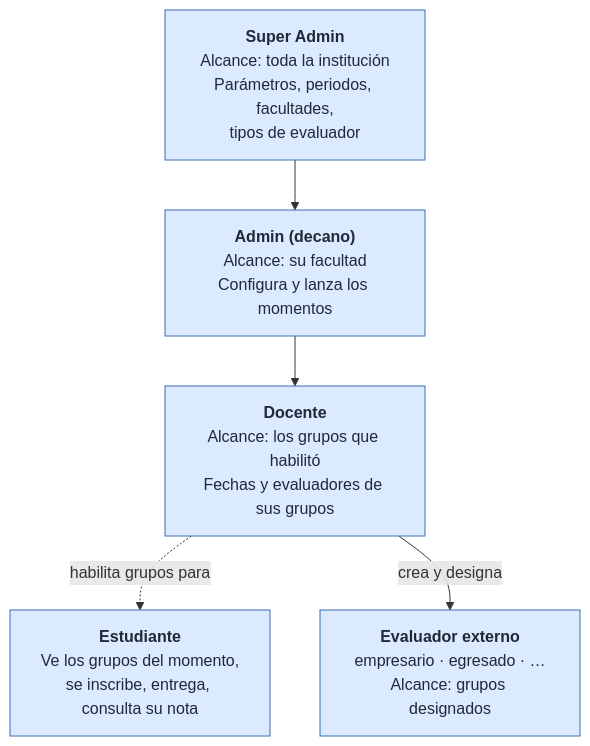
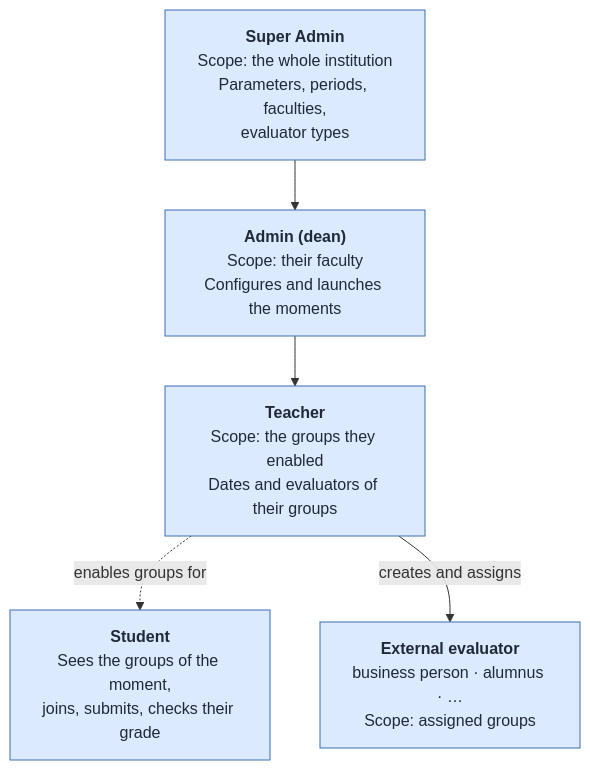
The fifth of 6 diagrams in docs/diagramas/diagrama_jerarquias.md (Oskarsito7/SIERAP), drawn with Mermaid before and after one commit. The commit also changed other lines of this file and 10 other files, not shown here.

````diff
--- a/docs/diagramas/diagrama_jerarquias.md
+++ b/docs/diagramas/diagrama_jerarquias.md
@@ -171,15 +169,15 @@
 ```mermaid
 flowchart TD
-  SA["<b>Super Admin</b><br/>Alcance: toda la institución<br/>Parámetros, periodos, facultades,<br/>tipos de evaluador"]
-  AD["<b>Admin (decano)</b><br/>Alcance: su facultad<br/>Configura y lanza los momentos"]
-  DC["<b>Docente</b><br/>Alcance: los grupos que habilitó<br/>Fechas y evaluadores de sus grupos"]
-  ES["<b>Estudiante</b><br/>Ve los grupos del momento,<br/>se inscribe, entrega, consulta su nota"]
-  EX["<b>Evaluador externo</b><br/>empresario · egresado · …<br/>Alcance: grupos designados"]
+  SA["<b>Super Admin</b><br/>Scope: the whole institution<br/>Parameters, periods, faculties,<br/>evaluator types"]
+  AD["<b>Admin (dean)</b><br/>Scope: their faculty<br/>Configures and launches the moments"]
+  DC["<b>Teacher</b><br/>Scope: the groups they enabled<br/>Dates and evaluators of their groups"]
+  ES["<b>Student</b><br/>Sees the groups of the moment,<br/>joins, submits, checks their grade"]
+  EX["<b>External evaluator</b><br/>business person · alumnus · …<br/>Scope: assigned groups"]
 
   SA --> AD --> DC
-  DC -. habilita grupos para .-> ES
-  DC -- crea y designa --> EX
+  DC -. enables groups for .-> ES
+  DC -- creates and assigns --> EX
 
   classDef rol fill:#DBEAFE,stroke:#3B6FB6,color:#1F2937
   class SA,AD,DC,ES,EX rol
 ```
````
